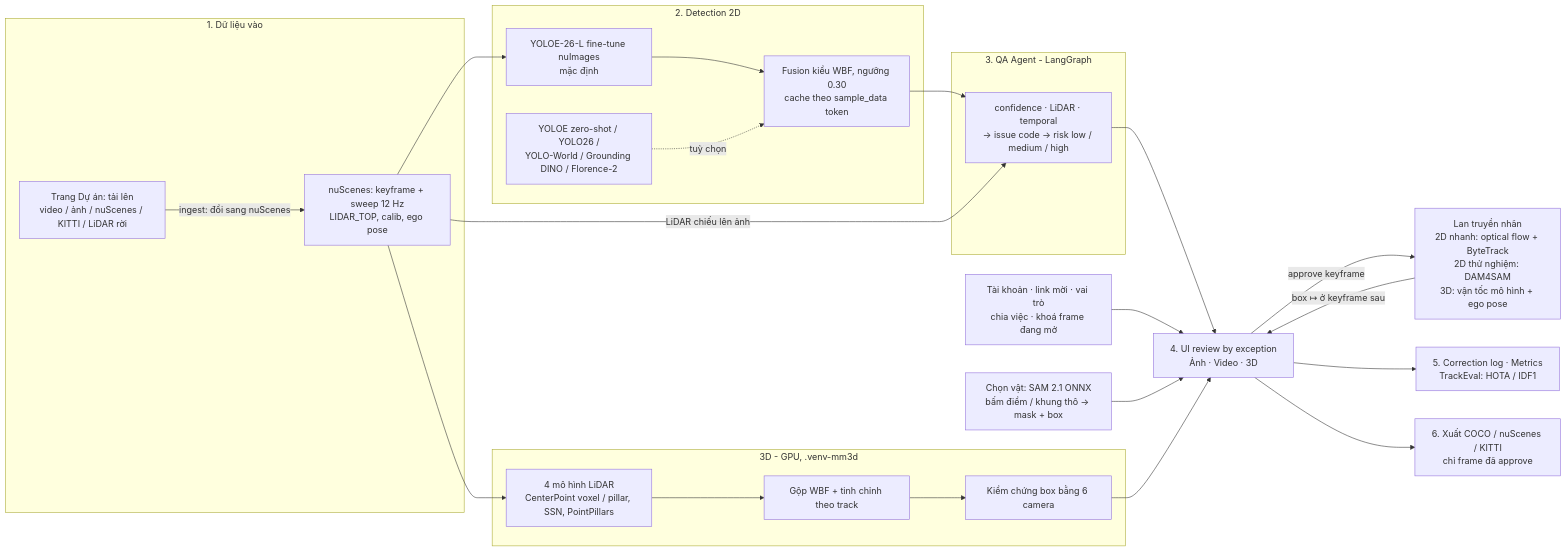
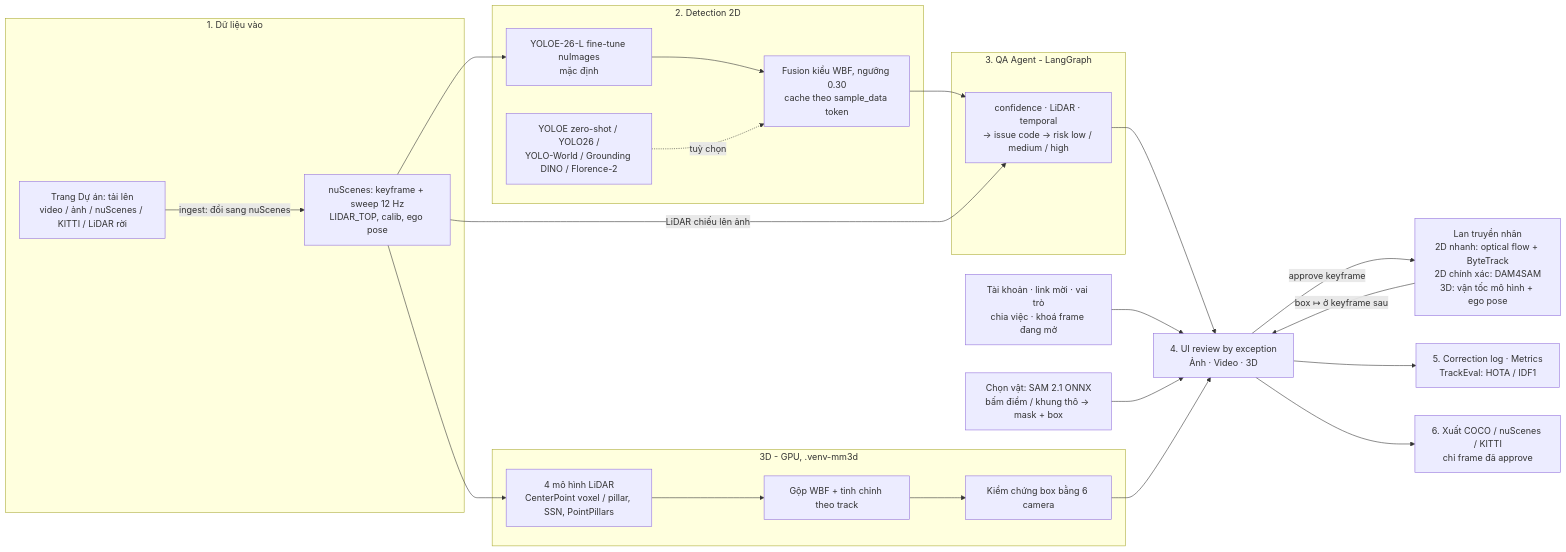
Before and after one commit to vietvuivui/P-130-demo: the first of 3 diagrams in docs/architecture_diagram.md, drawn with Mermaid. The commit also changed other lines of this file and 7 other files, not shown here.

First line of the commit message:
docs(tracking): kết quả held-out 20 scene — DAM4SAM + BoT-SORT HOTA 0.573 so với 0.563 của flow + ByteTrack

````diff
--- a/docs/architecture_diagram.md
+++ b/docs/architecture_diagram.md
@@ -7,36 +7,36 @@
 ```mermaid
 graph LR
     subgraph IN[1. Dữ liệu vào]
         P[Trang Dự án: tải lên<br/>video / ảnh / nuScenes / KITTI / LiDAR rời]
         N[nuScenes: keyframe + sweep 12 Hz<br/>LIDAR_TOP, calib, ego pose]
         P -->|ingest: đổi sang nuScenes| N
     end
     subgraph DET[2. Detection 2D]
         YE[YOLOE-26-L fine-tune nuImages<br/>mặc định]
         ALT[YOLOE zero-shot / YOLO26 /<br/>YOLO-World / Grounding DINO / Florence-2]
         FU[Fusion kiểu WBF, ngưỡng 0.30<br/>cache theo sample_data token]
         YE --> FU
         ALT -. tuỳ chọn .-> FU
     end
     subgraph QA[3. QA Agent - LangGraph]
         Q[confidence · LiDAR · temporal<br/>→ issue code → risk low / medium / high]
     end
     subgraph D3[3D - GPU, .venv-mm3d]
         M4[4 mô hình LiDAR<br/>CenterPoint voxel / pillar, SSN, PointPillars]
         EN[Gộp WBF + tinh chỉnh theo track]
         VF[Kiểm chứng box bằng 6 camera]
         M4 --> EN --> VF
     end
     N --> YE
     N --> M4
     FU --> Q
     N -->|LiDAR chiếu lên ảnh| Q
     Q --> UI[4. UI review by exception<br/>Ảnh · Video · 3D]
     US[Tài khoản · link mời · vai trò<br/>chia việc · khoá frame đang mở] --> UI
     SG[Chọn vật: SAM 2.1 ONNX<br/>bấm điểm / khung thô → mask + box] --> UI
     VF --> UI
-    UI -->|approve keyframe| PR[Lan truyền nhãn<br/>2D nhanh: optical flow + ByteTrack<br/>2D thử nghiệm: DAM4SAM<br/>3D: vận tốc mô hình + ego pose]
+    UI -->|approve keyframe| PR[Lan truyền nhãn<br/>2D nhanh: optical flow + ByteTrack<br/>2D chính xác: DAM4SAM<br/>3D: vận tốc mô hình + ego pose]
     PR -->|box ↦ ở keyframe sau| UI
     UI --> LOG[5. Correction log · Metrics<br/>TrackEval: HOTA / IDF1]
     UI --> DS[6. Xuất COCO / nuScenes / KITTI<br/>chỉ frame đã approve]
 ```
````
